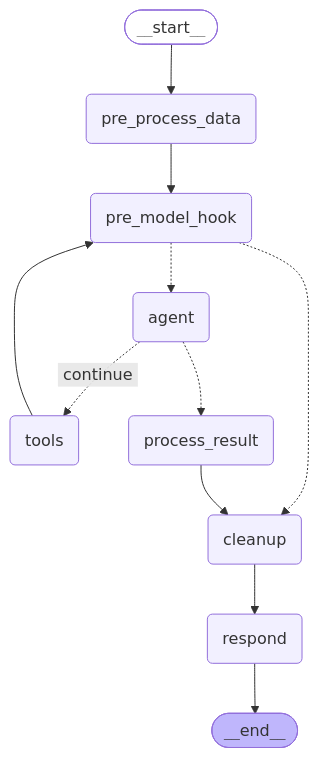
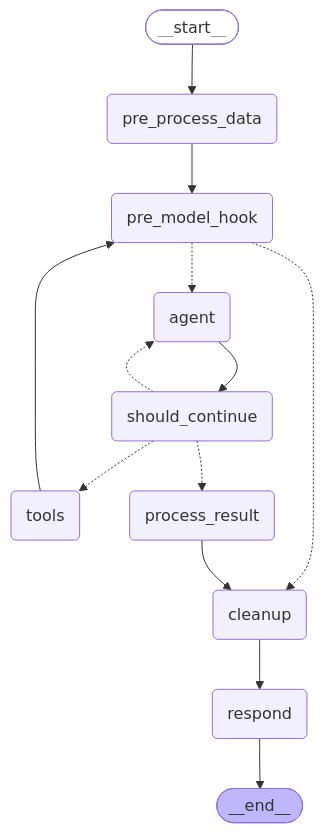
The diagram in chat-server/app/workflow/graph/graph_mermaid/visualize_data_graph.mmd (factly/gopie), drawn with Mermaid before and after one commit. The commit also changed 9 other files, not shown here.

```diff
--- a/chat-server/app/workflow/graph/graph_mermaid/visualize_data_graph.mmd
+++ b/chat-server/app/workflow/graph/graph_mermaid/visualize_data_graph.mmd
@@ -1,28 +1,31 @@
 ---
 config:
   flowchart:
     curve: basis
 ---
 graph TD;
 	__start__([<p>__start__</p>]):::first
 	pre_process_data(pre_process_data)
 	pre_model_hook(pre_model_hook)
 	agent(agent)
 	tools(tools)
 	process_result(process_result)
 	cleanup(cleanup)
+	should_continue(should_continue)
 	respond(respond)
 	__end__([<p>__end__</p>]):::last
 	__start__ --> pre_process_data;
-	agent -.-> process_result;
-	agent -. &nbsp;continue&nbsp; .-> tools;
+	agent --> should_continue;
 	cleanup --> respond;
 	pre_model_hook -.-> agent;
 	pre_model_hook -.-> cleanup;
 	pre_process_data --> pre_model_hook;
 	process_result --> cleanup;
+	should_continue -.-> agent;
+	should_continue -.-> process_result;
+	should_continue -.-> tools;
 	tools --> pre_model_hook;
 	respond --> __end__;
 	classDef default fill:#f2f0ff,line-height:1.2
 	classDef first fill-opacity:0
 	classDef last fill:#bfb6fc
```
